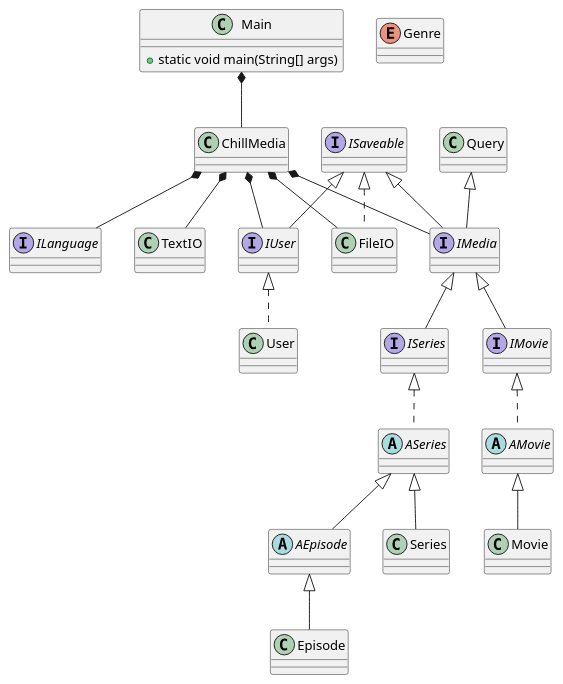
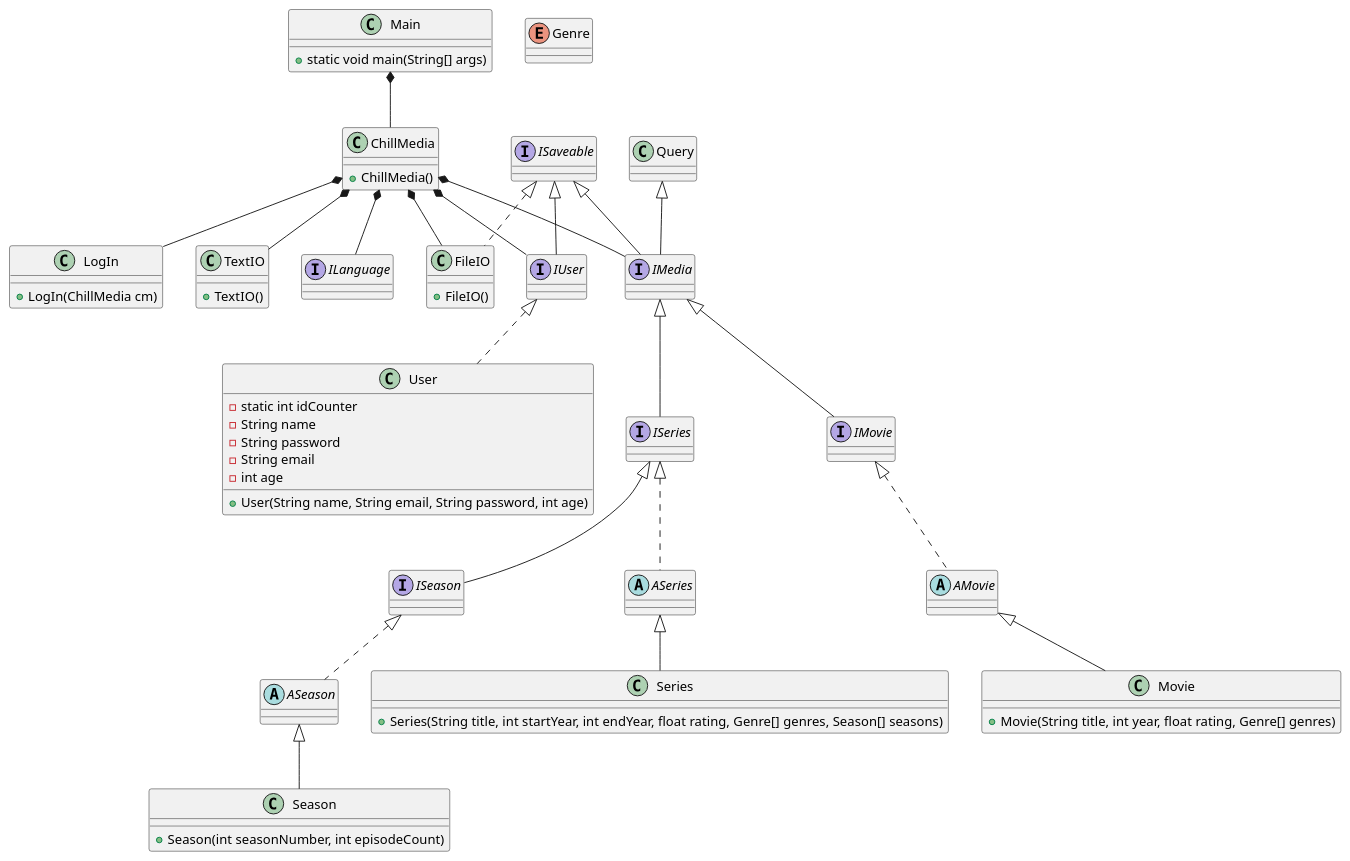
The diagram in Documentation/Streamingtjeneste.puml (Peter537/Dat1-SP3), drawn with PlantUML before and after one commit.

```diff
--- a/Documentation/Streamingtjeneste.puml
+++ b/Documentation/Streamingtjeneste.puml
@@ -1,110 +1,132 @@
 @startuml
 
 ' *****************
 ' CLASS
 ' *****************
 
 class Main {
     + static void main(String[] args)
 }
 
 ' MAIN KLASSEN
 class ChillMedia {
 
+    + ChillMedia()
+}
+
+class LogIn {
+
+    + LogIn(ChillMedia cm)
 }
 
 class Query {
+    ' STATIC CLASS, EVT. KUNNE MAN LAVE EN INSTANS AF DENNE
+    ' OG BRUGE DEN I CHILLMEDIA OG DERFRA BRUGE QUERY
 
 }
 
 class TextIO {
 
+    + TextIO()
 }
 
 class FileIO implements ISaveable {
 
+    + FileIO()
 }
 
 class User implements IUser {
+    - static int idCounter
+    - String name
+    - String password
+    - String email
+    - int age
 
+    + User(String name, String email, String password, int age)
 }
 
 class Movie extends AMovie {
 
+    + Movie(String title, int year, float rating, Genre[] genres)
 }
 
 class Series extends ASeries {
 
+    + Series(String title, int startYear, int endYear, float rating, Genre[] genres, Season[] seasons)
 }
 
-class Episode extends AEpisode {
+class Season extends ASeason {
 
+    + Season(int seasonNumber, int episodeCount)
 }
 
 ' *****************
 ' ABSTRACT CLASS
 ' *****************
 
 abstract class AMovie implements IMovie {
 
 }
 
 abstract class ASeries implements ISeries {
 
-
 }
 
-abstract class AEpisode extends ASeries {
+abstract class ASeason implements ISeason {
 
 }
 
 ' *****************
 ' INTERFACES
 ' *****************
 
 interface IMedia extends ISaveable, Query {
+
+}
+
+interface ISeason implements ISeries {
 
 }
 
 interface ISeries implements IMedia {
 
 }
 
 interface IMovie implements IMedia {
 
 }
 
 interface IUser implements ISaveable {
 
 }
 
 interface ILanguage {
 
 }
 
 interface ISaveable {
 
 }
 
 ' *****************
 ' ENUMS
 ' *****************
 
 enum Genre {
 
-
 }
 
 ' *****************
 ' RELATIONS
 ' *****************
 
 Main *-- ChillMedia
 
 ChillMedia *-- IMedia
 ChillMedia *-- TextIO
 ChillMedia *-- FileIO
 ChillMedia *-- ILanguage
 ChillMedia *-- IUser
+ChillMedia *-- LogIn
 
 @enduml
```
